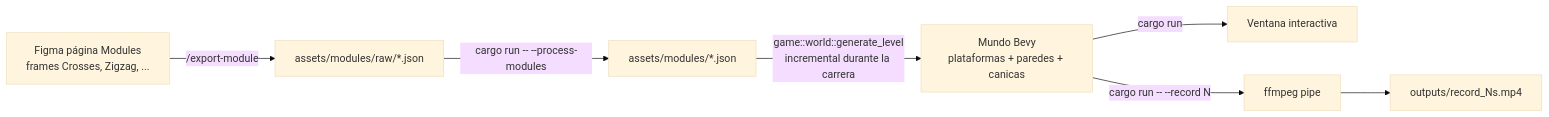
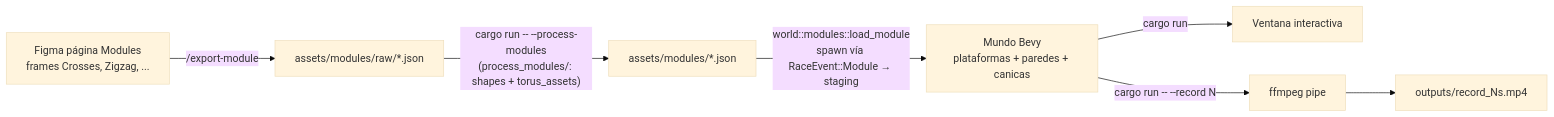
The third of 5 diagrams in docs/flow.md (jesusgomeznuz/canicasbrawl-rapier), drawn with Mermaid (base theme) before and after one commit. The commit also changed other lines of this file, not shown here.

First line of the commit message:
docs: flow.md al día tras el overhaul — flags, fases, banda de eventos y árbol

````diff
--- a/docs/flow.md
+++ b/docs/flow.md
@@ -45,9 +49,9 @@
 ```mermaid
 flowchart LR
-    Figma[Figma página Modules<br/>frames Crosses, Zigzag, ...] -->|/export-module| Raw[assets/modules/raw/*.json]
-    Raw -->|cargo run -- --process-modules| Final[assets/modules/*.json]
-    Final -->|game::world::generate_level<br/>incremental durante la carrera| World[Mundo Bevy<br/>plataformas + paredes + canicas]
-    World -->|cargo run| Window[Ventana interactiva]
-    World -->|cargo run -- --record N| Pipe[ffmpeg pipe]
-    Pipe --> MP4[outputs/record_Ns.mp4]
+    Figma["Figma página Modules<br/>frames Crosses, Zigzag, ..."] -->|/export-module| Raw["assets/modules/raw/*.json"]
+    Raw -->|"cargo run -- --process-modules<br/>(process_modules/: shapes + torus_assets)"| Final["assets/modules/*.json"]
+    Final -->|"world::modules::load_module<br/>spawn vía RaceEvent::Module → staging"| World["Mundo Bevy<br/>plataformas + paredes + canicas"]
+    World -->|cargo run| Window["Ventana interactiva"]
+    World -->|"cargo run -- --record N"| Pipe["ffmpeg pipe"]
+    Pipe --> MP4["outputs/record_Ns.mp4"]
 ```
````
